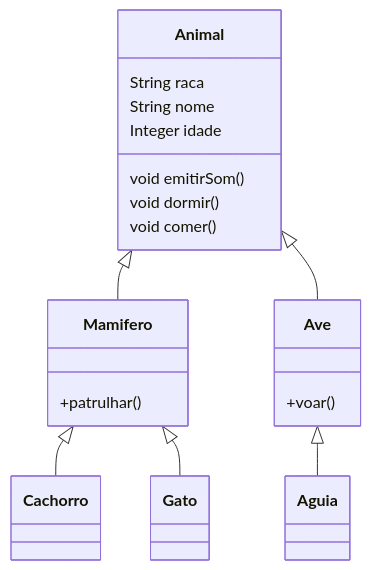
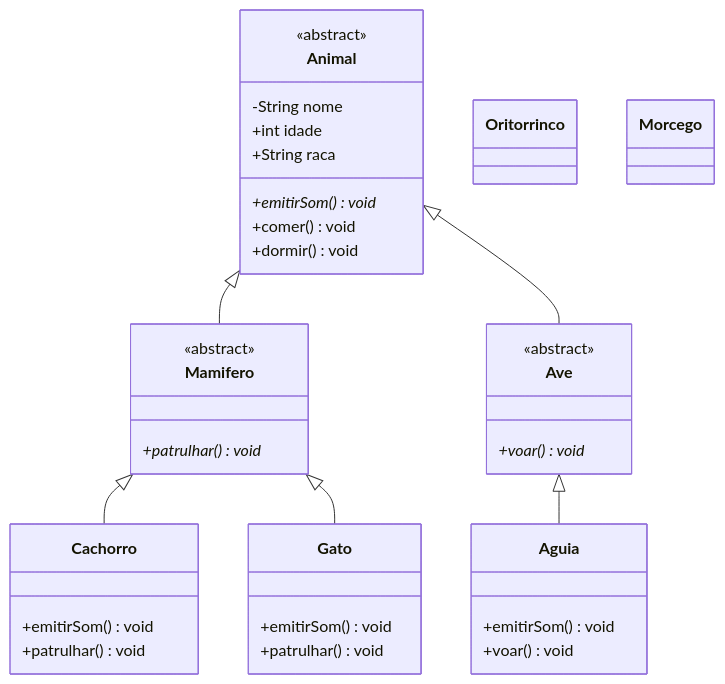
Before and after one commit to e024Dev/ProgramacaoOrientadaObjetos: the diagram in README.md, drawn with Mermaid. The commit also changed other lines of this file, not shown here.

````diff
--- a/README.md
+++ b/README.md
@@ -25,30 +33,46 @@
 ```mermaid
 classDiagram
-
     class Animal {
-        String raca
-        String nome
-        Integer idade
-
-        void emitirSom()
-        void dormir()
-        void comer()
+        <<abstract>>
+        -String nome
+        +int idade
+        +String raca
+        +emitirSom()* void
+        +comer() void
+        +dormir() void
     }
 
-    class Aguia { }
-    class Cachorro { }
-    class Gato { }
-    class Mamifero { 
-        +patrulhar()
+    class Mamifero {
+        <<abstract>>
+        +patrulhar()* void
     }
+
+    class Cachorro {
+        +emitirSom() void
+        +patrulhar() void
+    }
+
+    class Gato {
+        +emitirSom() void
+        +patrulhar() void
+    }
+
     class Ave {
-        +voar()
+        <<abstract>>
+        +voar()* void
     }
-    
-    
+
+    class Aguia {
+        +emitirSom() void
+        +voar() void
+    }
+    class Oritorrinco { }
+
+   class Morcego { }
+
     Animal <|-- Mamifero
     Animal <|-- Ave
     Mamifero <|-- Cachorro
     Mamifero <|-- Gato
     Ave <|-- Aguia
 ```
````
